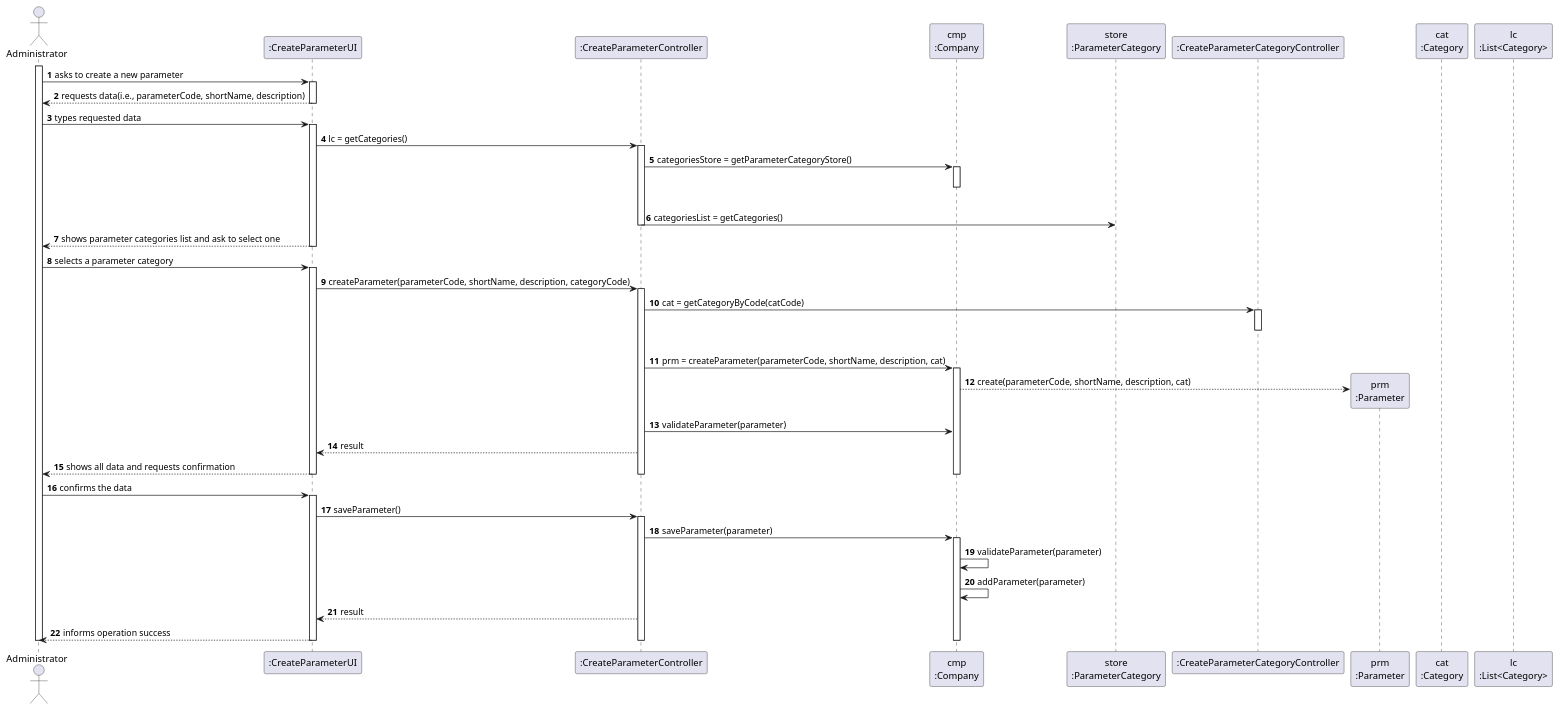
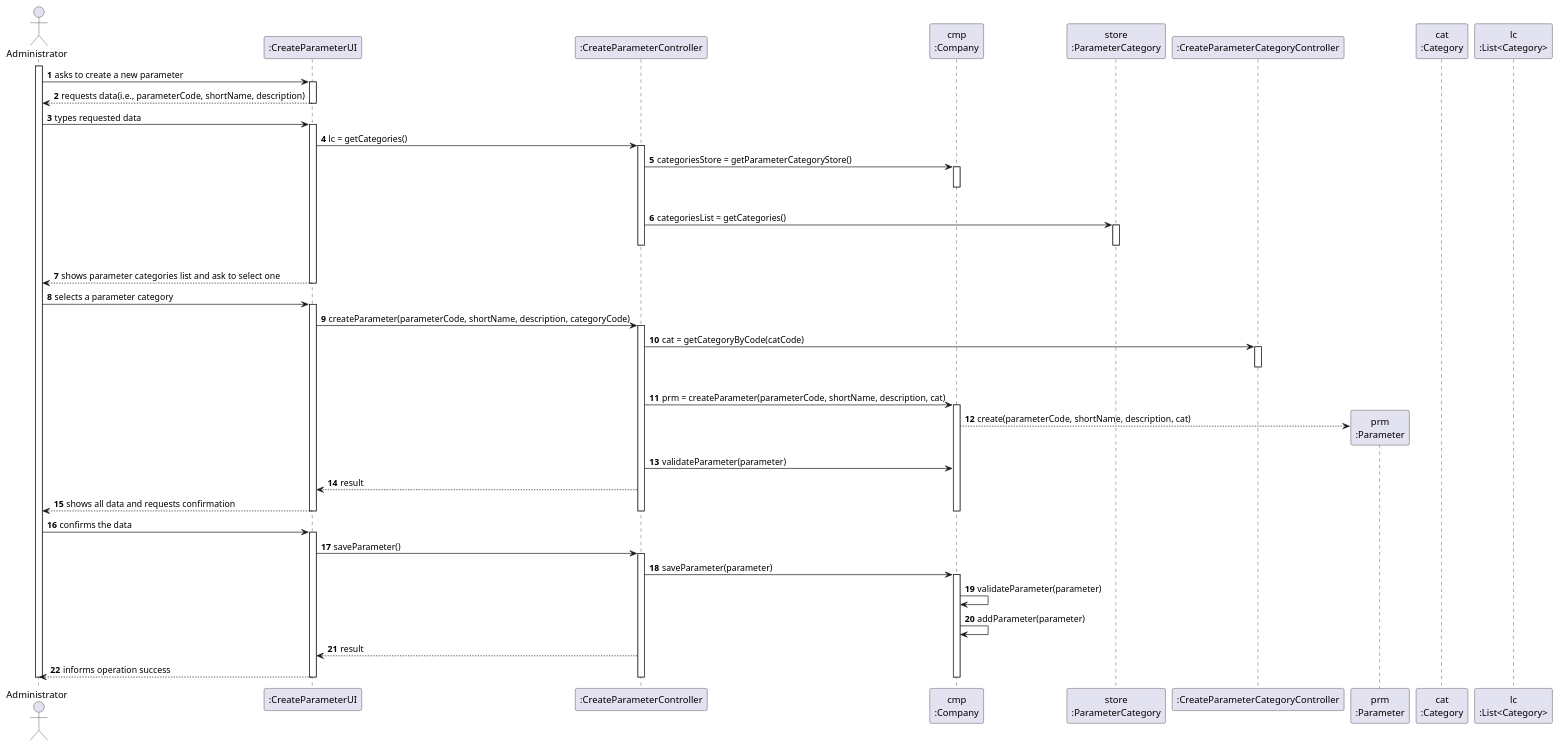
Before and after one commit to ana-albergaria/LAPR2-ISEP: the diagram in docs/SprintB/US_10/US10_SD.puml, drawn with PlantUML. The commit also changed 4 other files, not shown here.

```diff
--- a/docs/SprintB/US_10/US10_SD.puml
+++ b/docs/SprintB/US_10/US10_SD.puml
@@ -1,97 +1,100 @@
 @startuml
 autonumber
 'hide footbox
 actor "Administrator" as ADM
 
 participant ":CreateParameterUI" as UI
 participant ":CreateParameterController" as CTRL
 participant "cmp\n:Company" as CMP
 participant "store\n:ParameterCategory" as store
 participant ":CreateParameterCategoryController" as PCCTRL
 'participant "ApplicationPOT" as _APP
 'participant "app\n:ApplicationPOT" as APP
 'participant "session\n:UserSession" as SESSION
 'participant ":Platform" as PLAT
 participant "prm\n:Parameter" as PRM
 participant "cat\n:Category" as CAT
 participant "lc\n:List<Category>" as LIST_CAT
 
 activate ADM
 ADM -> UI : asks to create a new parameter
 activate UI
 UI --> ADM : requests data(i.e., parameterCode, shortName, description)
 deactivate UI
 
 ADM -> UI : types requested data
 activate UI
 
 UI -> CTRL : lc = getCategories()
 activate CTRL
 
 CTRL -> CMP : categoriesStore = getParameterCategoryStore()
 activate CMP
 |||
 deactivate CMP
 CTRL -> store : categoriesList = getCategories()
+activate store
+|||
+deactivate store
 deactivate CTRL
 
 UI --> ADM : shows parameter categories list and ask to select one
 deactivate CMP
 deactivate UI
 
 ADM -> UI : selects a parameter category
 activate UI
 
 UI -> CTRL : createParameter(parameterCode, shortName, description, categoryCode)
 activate CTRL
 
 CTRL -> PCCTRL : cat = getCategoryByCode(catCode)
 activate PCCTRL
 |||
 deactivate PCCTRL
 
 'CTRL -> _APP: app = getInstance()
 'activate _APP
 '|||
 'deactivate _APP
 
 'CTRL -> APP: session = getCurrentSession()
 'activate APP
 '|||
 'deactivate APP
 
 CTRL -> CMP: prm = createParameter(parameterCode, shortName, description, cat)
 activate CMP
 
 CMP --> PRM**: create(parameterCode, shortName, description, cat)
 CTRL -> CMP: validateParameter(parameter)
 
 CTRL --> UI: result
 
 UI --> ADM: shows all data and requests confirmation
 deactivate CMP
 'deactivate PLAT
 deactivate CTRL
 deactivate UI
 
 ADM -> UI : confirms the data
 activate UI
 UI -> CTRL : saveParameter()
 activate CTRL
 
 CTRL -> CMP : saveParameter(parameter)
 activate CMP
 
 CMP -> CMP: validateParameter(parameter)
 CMP -> CMP: addParameter(parameter)
 
 CTRL --> UI: result
 
 UI --> ADM : informs operation success
 deactivate CMP
 deactivate CTRL
 deactivate UI
 
 deactivate ADM
 
 @enduml
```
